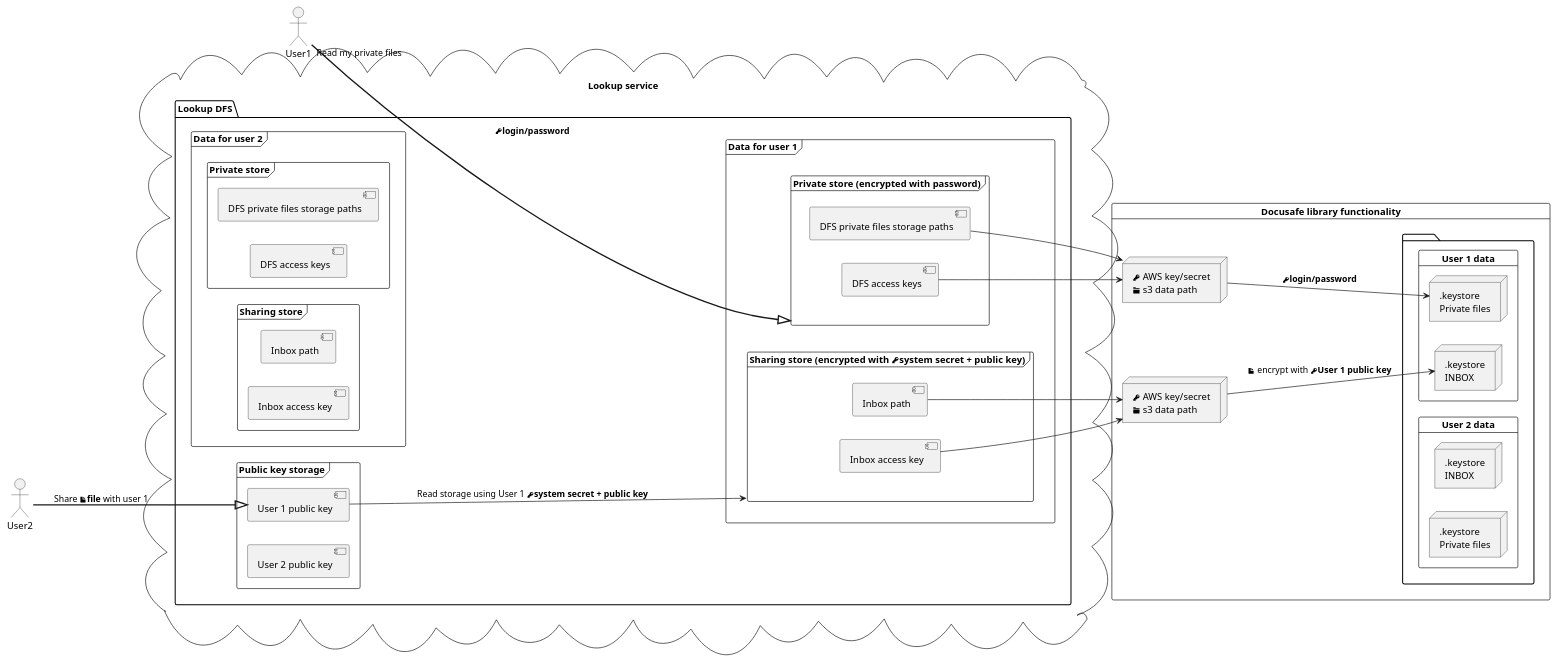
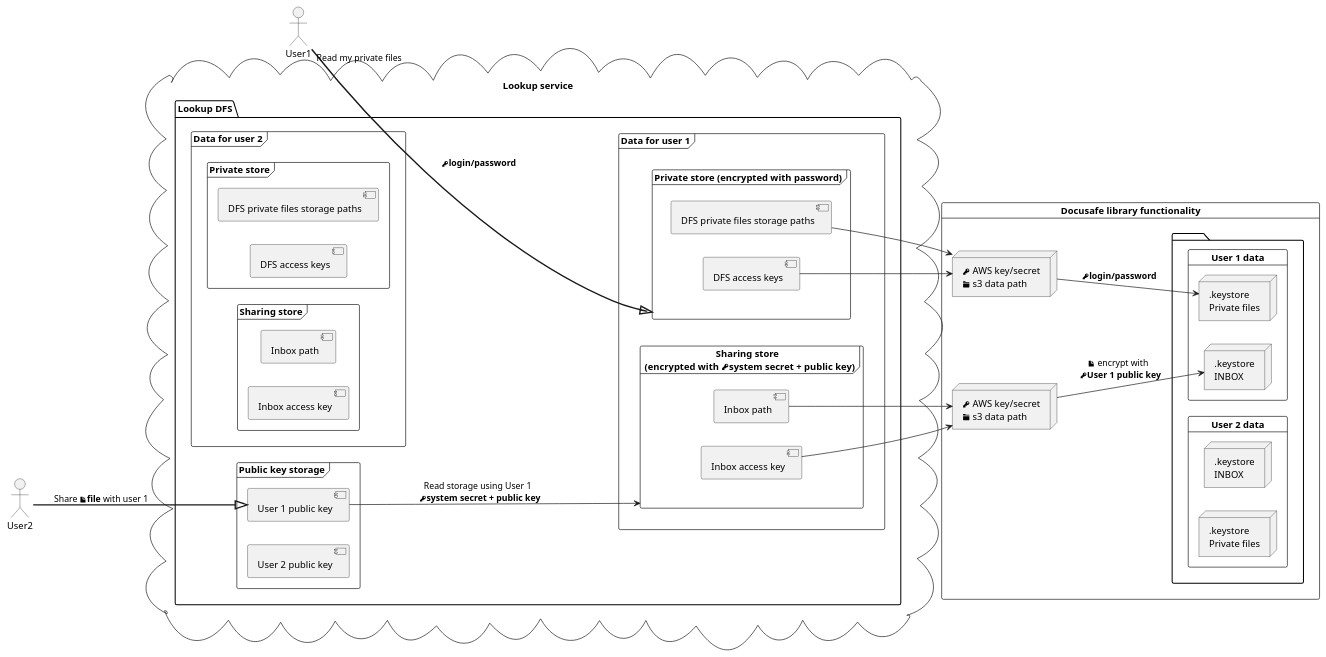
One commit to valb3r/docusafe changed the diagram in diagrams/generic_view.puml. Above: the diagram before and after it, drawn with PlantUML.

Commit message:
Update general view

```diff
--- a/diagrams/generic_view.puml
+++ b/diagrams/generic_view.puml
@@ -1,89 +1,89 @@
 @startuml
 cloud "Lookup service" {
   package "Lookup DFS" {
   left to right direction
     frame "Data for user 1" {
 
       frame "Private store (encrypted with password)" as privateStoreUser1 {
         [DFS private files storage paths] as mapPrivate1
         [DFS access keys] as privateAccessKey1
       }
 
-      frame "Sharing store (encrypted with **<&key>system secret + public key**)" as sharingStoreUser1 {
+      frame "Sharing store \n (encrypted with **<&key>system secret + public key**)" as sharingStoreUser1 {
         [Inbox path] as mapInbox1
         [Inbox access key] as publicAccessKey1
       }
     }
 
     frame "Data for user 2" {
 
       frame "Private store" as privateStoreUser2 {
         [DFS private files storage paths] as mapPrivate2
         [DFS access keys] as privateAccessKey2
       }
 
       frame "Sharing store" as sharingStoreUser2 {
         [Inbox path] as mapInbox2
         [Inbox access key] as publicAccessKey2
       }
     }
 
     frame "Public key storage" {
       left to right direction
       [User 1 public key] as user1publicKey
       [User 2 public key] as user2publicKey
     }
   }
 }
 
 actor User1 as user1
 actor User2 as user2
 
 card "Docusafe library functionality" {
 package {
   card "User 1 data" as User1data {
     node inboxUsr1 [
       .keystore
       INBOX
     ]
     node filesUsr1 [
       .keystore
       Private files
     ]
   }
 
   card "User 2 data" as User2data {
     node inboxUsr2 [
       .keystore
       INBOX
     ]
     node filesUsr2 [
       .keystore
       Private files
     ]
   }
 }
 
 
 node user1privateFilesAccess [
 <&key> AWS key/secret
 <&folder> s3 data path
 ]
 
 user1 ==^ privateStoreUser1 : "Read my private files" **<&key>login/password**
 mapPrivate1 --> user1privateFilesAccess
 privateAccessKey1 --> user1privateFilesAccess
 user1privateFilesAccess --> filesUsr1 :  **<&key>login/password**
 
 node user2shareFilesAccess [
 <&key> AWS key/secret
 <&folder> s3 data path
 ]
 
 user2 ==^ user1publicKey : Share **<&file>file** with user 1
-user1publicKey --> sharingStoreUser1 : Read storage using User 1 **<&key>system secret + public key**
+user1publicKey --> sharingStoreUser1 : Read storage using User 1 \n **<&key>system secret + public key**
 mapInbox1 --> user2shareFilesAccess
 publicAccessKey1 --> user2shareFilesAccess
-user2shareFilesAccess --> inboxUsr1 : <&file> encrypt with **<&key>User 1 public key**
+user2shareFilesAccess --> inboxUsr1 : <&file> encrypt with \n **<&key>User 1 public key**
 }
 @enduml
```
